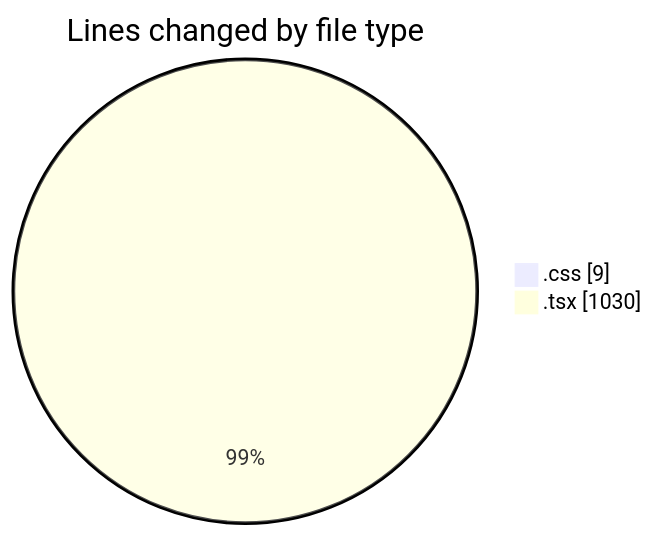
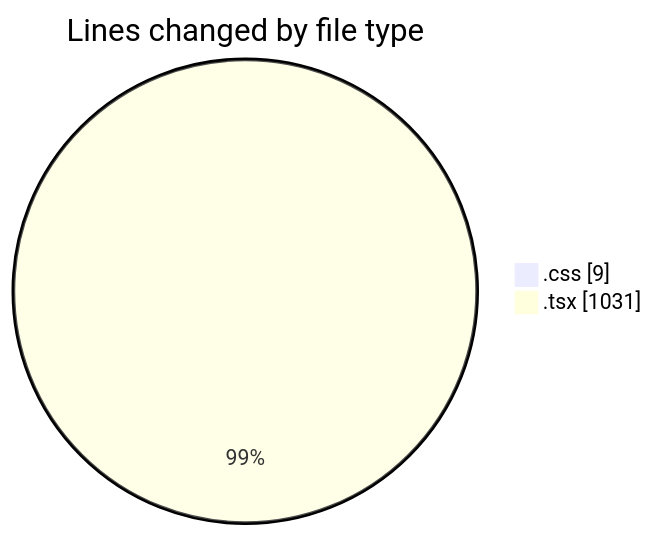
One commit to robertbonfada/code-tracking changed the first of 2 diagrams in 2025-02-28/audiobooks-web/README.md. Above: the diagram before and after it, drawn with Mermaid. The commit also changed other lines of this file and 1 other file, not shown here.

````diff
--- a/2025-02-28/audiobooks-web/README.md
+++ b/2025-02-28/audiobooks-web/README.md
@@ -26,6 +26,6 @@
 ```mermaid
 pie showData
 title Lines changed by file type
 ".css" : 9
-".tsx" : 1030
+".tsx" : 1031
 ```
````
